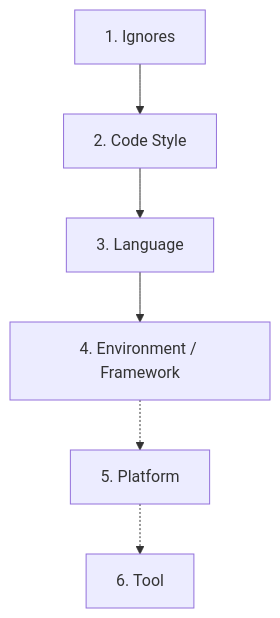
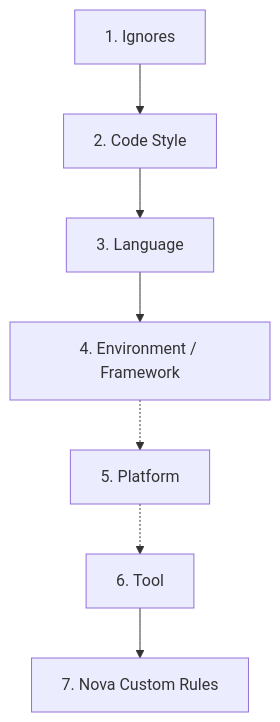
One commit to cbnventures/nova changed the first of 2 diagrams in apps/docs/docs/presets/index.mdx. Above: the diagram before and after it, drawn with Mermaid. The commit also changed other lines of this file and 378 other files, not shown here.

````diff
--- a/apps/docs/docs/presets/index.mdx
+++ b/apps/docs/docs/presets/index.mdx
@@ -52,8 +54,9 @@
 ```mermaid
 flowchart TD
     I[1. Ignores] --> CS[2. Code Style]
     CS --> L[3. Language]
     L --> E[4. Environment / Framework]
     E -.-> P[5. Platform]
     P -.-> T[6. Tool]
+    T --> NR[7. Nova Custom Rules]
 ```
````
